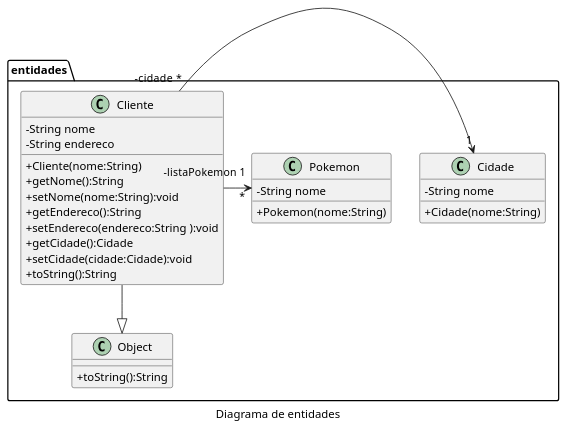
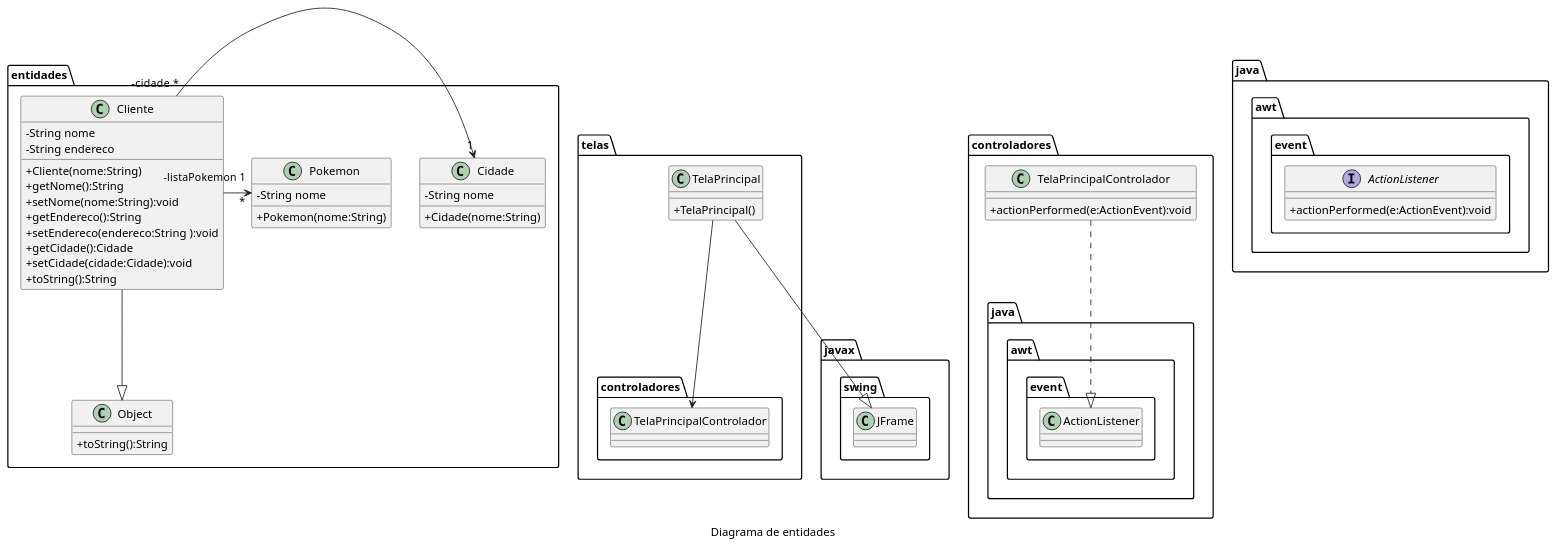
One commit to waltercoan/fso-turmab-revoo changed the diagram in diagramas/classes.puml. Above: the diagram before and after it, drawn with PlantUML. The commit also changed 2 other files, not shown here.

```diff
--- a/diagramas/classes.puml
+++ b/diagramas/classes.puml
@@ -1,35 +1,58 @@
 @startuml
 skinparam classAttributeIconSize 0
 ' left to right direction
 caption Diagrama de entidades
 namespace entidades {
     class Cliente {
         - String nome
         - String endereco
         + Cliente(nome:String)
         + getNome():String
         + setNome(nome:String):void
         + getEndereco():String
         + setEndereco(endereco:String ):void
         + getCidade():Cidade
         + setCidade(cidade:Cidade):void
         + toString():String
     }
     class Cidade {
         - String nome
         + Cidade(nome:String)
     }
     class Object {
         + toString():String
     }
     class Pokemon {
         - String nome
         + Pokemon(nome:String)
     }
     
     Cliente "-cidade  *" -> "1" Cidade
     Cliente --|>  Object
     Cliente "-listaPokemon  1" -> "*" Pokemon
 
 }
+namespace javax.swing {
+    class JFrame {
+    }
+}
+namespace telas {
+    
+    class TelaPrincipal {
+        + TelaPrincipal()   
+    }
+    TelaPrincipal --|> javax.swing.JFrame
+    TelaPrincipal --> controladores.TelaPrincipalControlador
+}
+namespace controladores {
+    class TelaPrincipalControlador{
+        + actionPerformed(e:ActionEvent):void
+    }
+    TelaPrincipalControlador ..|> java.awt.event.ActionListener
+}
+namespace java.awt.event {
+    interface ActionListener{
+        + actionPerformed(e:ActionEvent):void
+    }
+}
 @enduml
```
